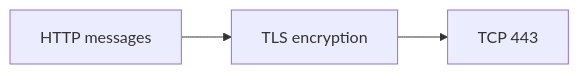
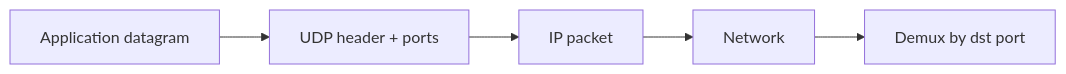
Diagram 18 of 36 in learning/11-protocols-reference.md (omnayak27199/pktana), drawn with Mermaid before and after one commit. The commit also changed other lines of this file and 14 other files, not shown here.

````diff
--- a/learning/11-protocols-reference.md
+++ b/learning/11-protocols-reference.md
@@ -288,4 +1168,7 @@
 ```mermaid
 flowchart LR
-  HTTP[HTTP messages] --> TLS[TLS encryption] --> TCP[TCP 443]
+  App[Application datagram] --> UDP[UDP header + ports]
+  UDP --> IP[IP packet]
+  IP --> Wire[Network]
+  Wire --> Demux[Demux by dst port]
 ```
````
